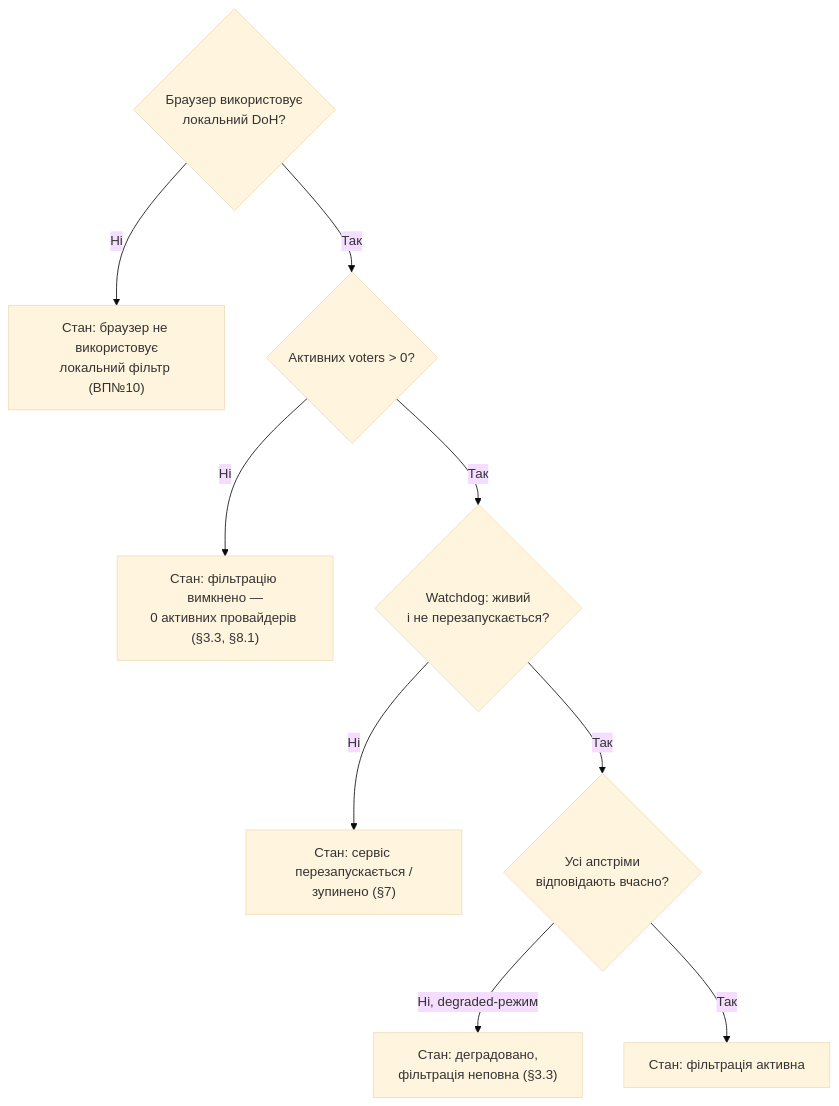
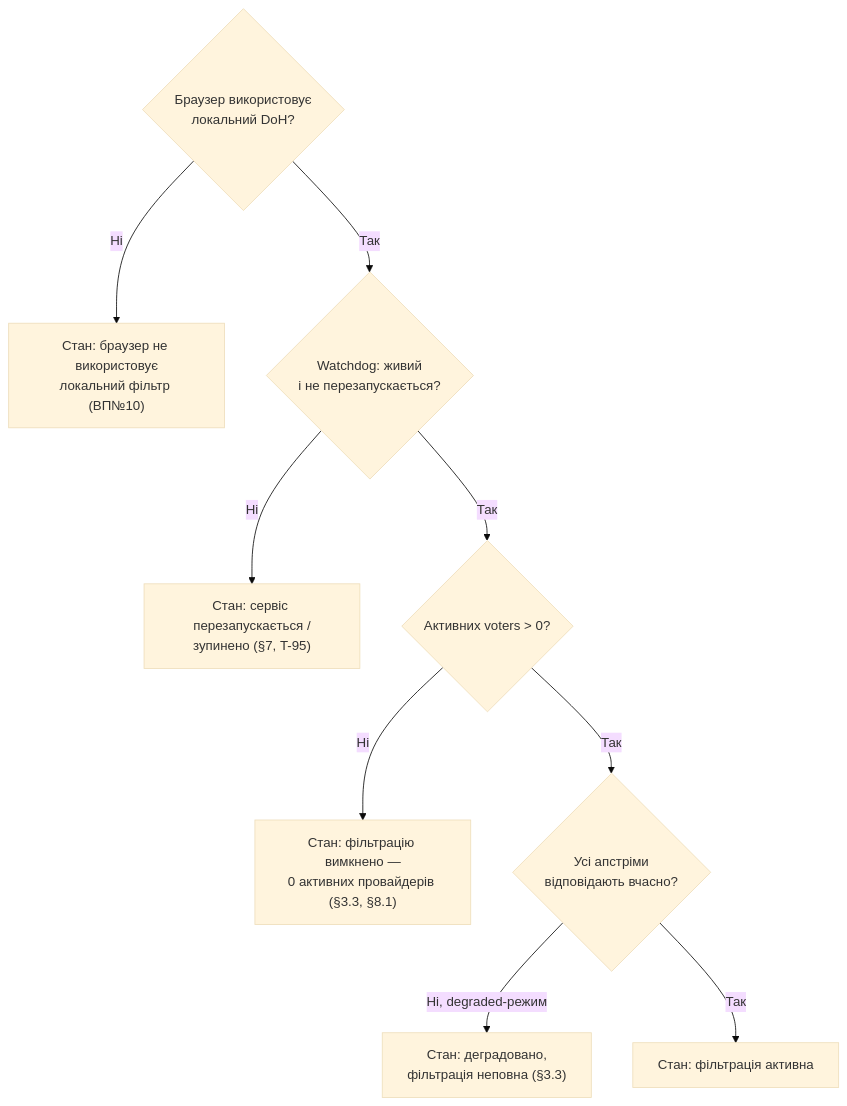
The diagram in diagrams/ui-status-indicator.md (user137/dns-quorum-filter), drawn with Mermaid (base theme) before and after one commit. The commit also changed other lines of this file and 8 other files, not shown here.

````diff
--- a/diagrams/ui-status-indicator.md
+++ b/diagrams/ui-status-indicator.md
@@ -24,12 +28,12 @@
 ```mermaid
 flowchart TD
     Check1{"Браузер використовує<br/>локальний DoH?"}
     Check1 -->|Ні| S1["Стан: браузер не використовує<br/>локальний фільтр (ВП№10)"]
-    Check1 -->|Так| Check2{"Активних voters > 0?"}
-    Check2 -->|Ні| S2["Стан: фільтрацію вимкнено —<br/>0 активних провайдерів (§3.3, §8.1)"]
-    Check2 -->|Так| Check3{"Watchdog: живий<br/>і не перезапускається?"}
-    Check3 -->|Ні| S3["Стан: сервіс перезапускається /<br/>зупинено (§7)"]
+    Check1 -->|Так| Check2{"Watchdog: живий<br/>і не перезапускається?"}
+    Check2 -->|Ні| S2["Стан: сервіс перезапускається /<br/>зупинено (§7, T-95)"]
+    Check2 -->|Так| Check3{"Активних voters > 0?"}
+    Check3 -->|Ні| S3["Стан: фільтрацію вимкнено —<br/>0 активних провайдерів (§3.3, §8.1)"]
     Check3 -->|Так| Check4{"Усі апстріми<br/>відповідають вчасно?"}
     Check4 -->|Ні, degraded-режим| S4["Стан: деградовано,<br/>фільтрація неповна (§3.3)"]
     Check4 -->|Так| S5["Стан: фільтрація активна"]
 ```
````
